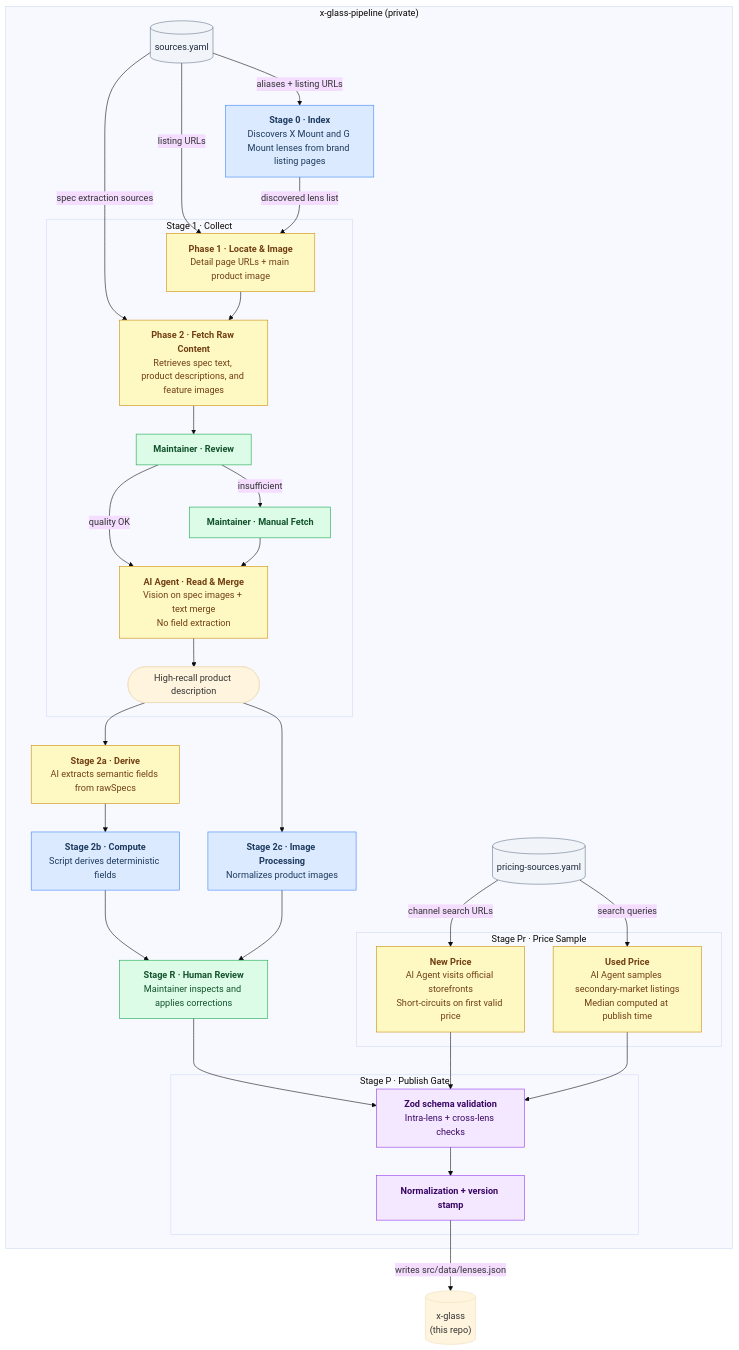
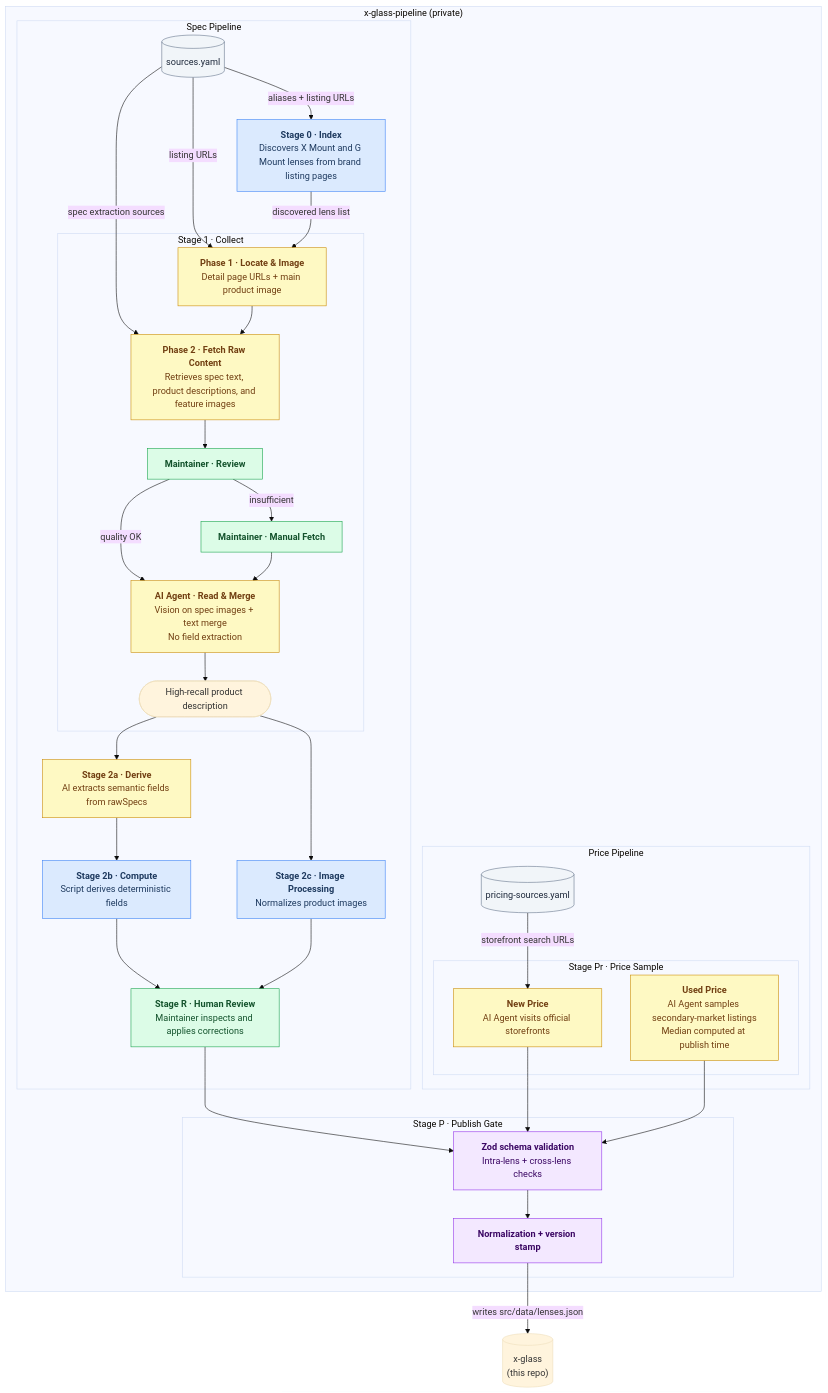
Before and after one commit to sentacraft/atlens: the diagram in README.md, drawn with Mermaid (base theme).

Commit message:
docs: restructure pipeline diagram with parallel Spec/Price pipelines
Wrap spec stages in a Spec Pipeline subgraph and pricing stages
in a Price Pipeline subgraph to show them as peer-level paths
that converge at the shared Publish Gate. Fix edge labels and
remove implementation details (stealth browser, short-circuit).

````diff
--- a/README.md
+++ b/README.md
@@ -60,65 +60,71 @@
 ```mermaid
 flowchart TD
   subgraph pipeline["x-glass-pipeline (private)"]
-    SOURCES[("sources.yaml")]
-    PRICING_SOURCES[("pricing-sources.yaml")]
 
-    S0["<b>Stage 0 · Index</b><br/>Discovers X Mount and G Mount lenses from brand listing pages"]
+    subgraph spec["Spec Pipeline"]
+      SOURCES[("sources.yaml")]
 
-    subgraph s1["Stage 1 · Collect"]
-      S1p1["<b>Phase 1 · Locate & Image</b><br/>Detail page URLs + main product image"]
-      S1p2["<b>Phase 2 · Fetch Raw Content</b><br/>Retrieves spec text, product descriptions, and feature images"]
-      S1r["<b>Maintainer · Review</b>"]
-      S1h["<b>Maintainer · Manual Fetch</b>"]
-      S1b["<b>AI Agent · Read & Merge</b><br/>Vision on spec images + text merge<br/>No field extraction"]
-      S1out(["High-recall product description"])
+      S0["<b>Stage 0 · Index</b><br/>Discovers X Mount and G Mount lenses from brand listing pages"]
+
+      subgraph s1["Stage 1 · Collect"]
+        S1p1["<b>Phase 1 · Locate & Image</b><br/>Detail page URLs + main product image"]
+        S1p2["<b>Phase 2 · Fetch Raw Content</b><br/>Retrieves spec text, product descriptions, and feature images"]
+        S1r["<b>Maintainer · Review</b>"]
+        S1h["<b>Maintainer · Manual Fetch</b>"]
+        S1b["<b>AI Agent · Read & Merge</b><br/>Vision on spec images + text merge<br/>No field extraction"]
+        S1out(["High-recall product description"])
+      end
+
+      S2a["<b>Stage 2a · Derive</b><br/>AI extracts semantic fields from rawSpecs"]
+      S2b["<b>Stage 2b · Compute</b><br/>Script derives deterministic fields"]
+      S2c["<b>Stage 2c · Image Processing</b><br/>Normalizes product images"]
+      SR["<b>Stage R · Human Review</b><br/>Maintainer inspects and applies corrections"]
     end
 
-    S2a["<b>Stage 2a · Derive</b><br/>AI extracts semantic fields from rawSpecs"]
-    S2b["<b>Stage 2b · Compute</b><br/>Script derives deterministic fields"]
-    S2c["<b>Stage 2c · Image Processing</b><br/>Normalizes product images"]
-    SR["<b>Stage R · Human Review</b><br/>Maintainer inspects and applies corrections"]
+    subgraph price["Price Pipeline"]
+      PRICING_SOURCES[("pricing-sources.yaml")]
 
-    subgraph spr["Stage Pr · Price Sample"]
-      SPrNew["<b>New Price</b><br/>AI Agent visits official storefronts<br/>Short-circuits on first valid price"]
-      SPrUsed["<b>Used Price</b><br/>AI Agent samples secondary-market listings<br/>Median computed at publish time"]
+      subgraph spr["Stage Pr · Price Sample"]
+        SPrNew["<b>New Price</b><br/>AI Agent visits official storefronts"]
+        SPrUsed["<b>Used Price</b><br/>AI Agent samples secondary-market listings<br/>Median computed at publish time"]
+      end
     end
 
     subgraph sp["Stage P · Publish Gate"]
       SP1["<b>Zod schema validation</b><br/>Intra-lens + cross-lens checks"]
       SP2["<b>Normalization + version stamp</b>"]
     end
   end
 
   SOURCES -->|"aliases + listing URLs"| S0
   SOURCES -->|"listing URLs"| S1p1
   SOURCES -->|"spec extraction sources"| S1p2
   S0 -->|"discovered lens list"| S1p1
   S1p1 --> S1p2
   S1p2 --> S1r
   S1r -->|"quality OK"| S1b
   S1r -->|"insufficient"| S1h
   S1h --> S1b
   S1b --> S1out
   S1out --> S2a & S2c
   S2a --> S2b
   S2b & S2c --> SR
   SR --> SP1
-  PRICING_SOURCES -->|"channel search URLs"| SPrNew
-  PRICING_SOURCES -->|"search queries"| SPrUsed
+  PRICING_SOURCES -->|"storefront search URLs"| SPrNew
+  SPrUsed
   SPrNew & SPrUsed --> SP1
   SP1 --> SP2
   SP2 -->|"writes src/data/lenses.json"| DB[("x-glass<br/>(this repo)")]
 
   classDef script fill:#dbeafe,stroke:#3b82f6,color:#1e3a5f
   classDef agent fill:#fef9c3,stroke:#ca8a04,color:#713f12
   classDef human fill:#dcfce7,stroke:#16a34a,color:#14532d
   classDef gate fill:#f3e8ff,stroke:#9333ea,color:#3b0764
   classDef config fill:#f1f5f9,stroke:#64748b,color:#1e293b
 
   class S0,S2b,S2c script
   class S1p1,S1p2,S1b,S2a,SPrNew,SPrUsed agent
   class S1r,S1h,SR human
   class SP1,SP2 gate
   class SOURCES,PRICING_SOURCES config
 ```
````
